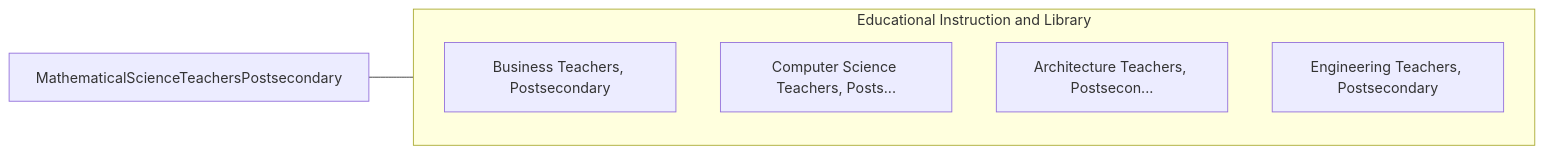
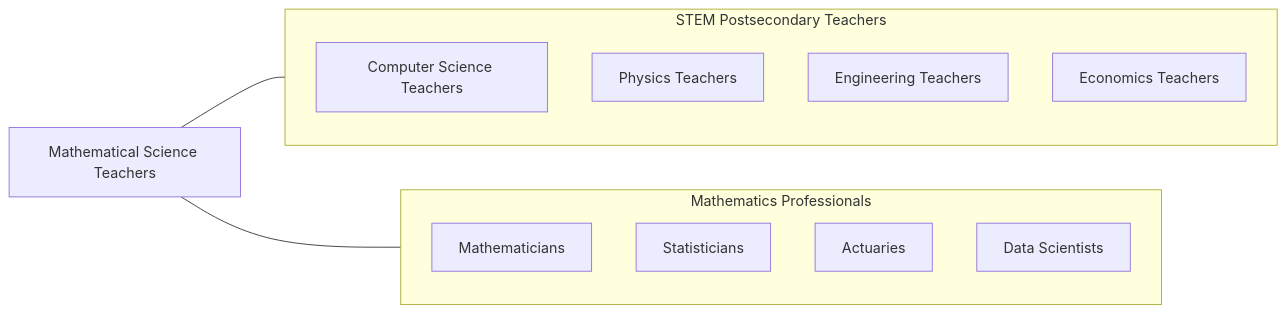
The fourth of 4 diagrams in occupations/Education/MathematicalScienceTeachersPostsecondary.mdx (kziemski/business.org.ai), drawn with Mermaid before and after one commit. The commit also changed other lines of this file and 938 other files, not shown here.

````diff
--- a/occupations/Education/MathematicalScienceTeachersPostsecondary.mdx
+++ b/occupations/Education/MathematicalScienceTeachersPostsecondary.mdx
@@ -90,13 +170,21 @@
 ```mermaid
 graph LR
-    Current["MathematicalScienceTeachersPostsecondary"]
+    Current["Mathematical Science Teachers"]
 
-    subgraph SameCategory["Educational Instruction and Library"]
-        BusinessTeachersPost["Business Teachers, Postsecondary"]
-        ComputerScienceTeach["Computer Science Teachers, Posts..."]
-        ArchitectureTeachers["Architecture Teachers, Postsecon..."]
-        EngineeringTeachersP["Engineering Teachers, Postsecondary"]
+    subgraph SameCategory["STEM Postsecondary Teachers"]
+        CS["Computer Science Teachers"]
+        Physics["Physics Teachers"]
+        Engineering["Engineering Teachers"]
+        Economics["Economics Teachers"]
+    end
+
+    subgraph CrossFunctional["Mathematics Professionals"]
+        Mathematicians["Mathematicians"]
+        Statisticians["Statisticians"]
+        Actuaries["Actuaries"]
+        DataScientists["Data Scientists"]
     end
 
     Current --- SameCategory
+    Current --- CrossFunctional
 ```
````
